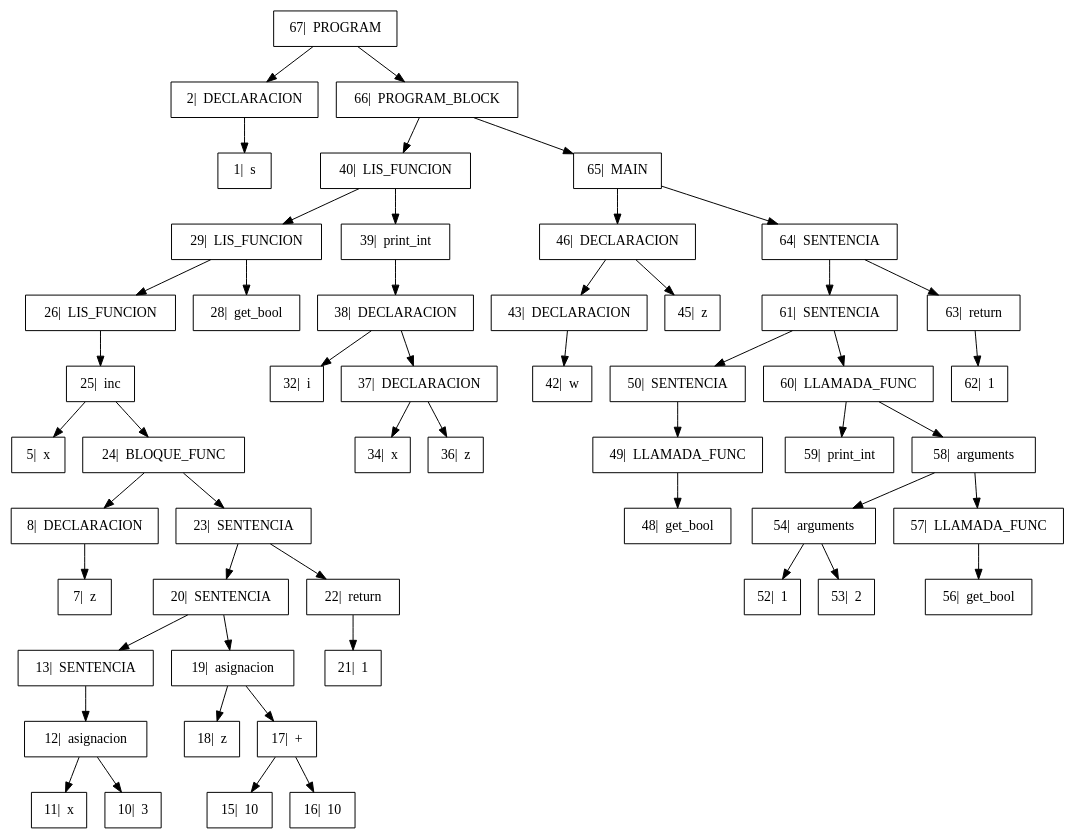
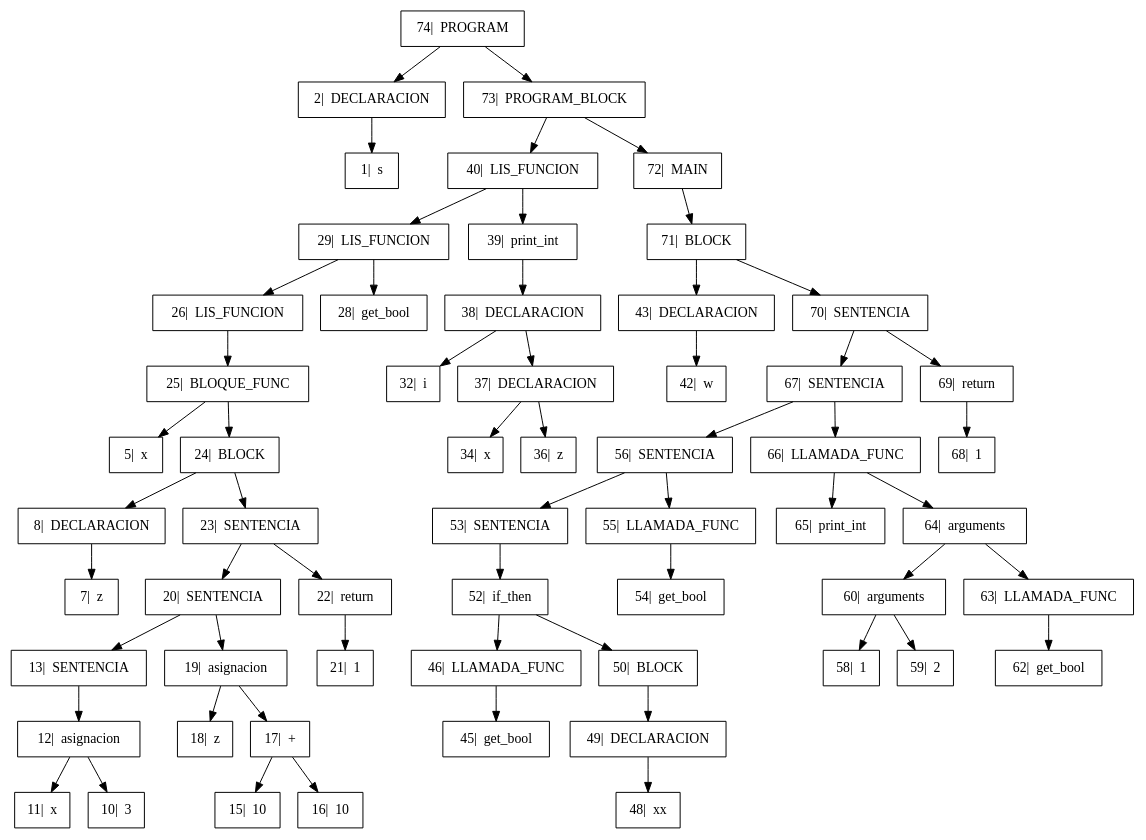
Before and after one commit to GiovA07/PRE-PROYECTO-COMPILADORES: the diagram in Proyecto/output/Arbol.dot, drawn with Graphviz. The commit also changed 10 other files, not shown here.

```diff
--- a/Proyecto/output/Arbol.dot
+++ b/Proyecto/output/Arbol.dot
@@ -1,37 +1,42 @@
 digraph{
 
 rankdir=TB;
 
 node[shape=box];
-"67|  PROGRAM" -> "2|  DECLARACION", "66|  PROGRAM_BLOCK";
+"74|  PROGRAM" -> "2|  DECLARACION", "73|  PROGRAM_BLOCK";
 "2|  DECLARACION" -> "1|  s" ;
-"66|  PROGRAM_BLOCK" -> "40|  LIS_FUNCION", "65|  MAIN";
+"73|  PROGRAM_BLOCK" -> "40|  LIS_FUNCION", "72|  MAIN";
 "40|  LIS_FUNCION" -> "29|  LIS_FUNCION", "39|  print_int";
 "29|  LIS_FUNCION" -> "26|  LIS_FUNCION", "28|  get_bool";
-"26|  LIS_FUNCION" -> "25|  inc" ;
-"25|  inc" -> "5|  x", "24|  BLOQUE_FUNC";
-"24|  BLOQUE_FUNC" -> "8|  DECLARACION", "23|  SENTENCIA";
+"26|  LIS_FUNCION" -> "25|  BLOQUE_FUNC" ;
+"25|  BLOQUE_FUNC" -> "5|  x", "24|  BLOCK";
+"24|  BLOCK" -> "8|  DECLARACION", "23|  SENTENCIA";
 "8|  DECLARACION" -> "7|  z" ;
 "23|  SENTENCIA" -> "20|  SENTENCIA", "22|  return";
 "20|  SENTENCIA" -> "13|  SENTENCIA", "19|  asignacion";
 "13|  SENTENCIA" -> "12|  asignacion" ;
 "12|  asignacion" -> "11|  x", "10|  3";
 "19|  asignacion" -> "18|  z", "17|  +";
 "17|  +" -> "15|  10", "16|  10";
 "22|  return" -> "21|  1" ;
 "39|  print_int" -> "38|  DECLARACION" ;
 "38|  DECLARACION" -> "32|  i", "37|  DECLARACION";
 "37|  DECLARACION" -> "34|  x", "36|  z";
-"65|  MAIN" -> "46|  DECLARACION", "64|  SENTENCIA";
-"46|  DECLARACION" -> "43|  DECLARACION", "45|  z";
+"72|  MAIN" -> "71|  BLOCK" ;
+"71|  BLOCK" -> "43|  DECLARACION", "70|  SENTENCIA";
 "43|  DECLARACION" -> "42|  w" ;
-"64|  SENTENCIA" -> "61|  SENTENCIA", "63|  return";
-"61|  SENTENCIA" -> "50|  SENTENCIA", "60|  LLAMADA_FUNC";
-"50|  SENTENCIA" -> "49|  LLAMADA_FUNC" ;
-"49|  LLAMADA_FUNC" -> "48|  get_bool" ;
-"60|  LLAMADA_FUNC" -> "59|  print_int", "58|  arguments";
-"58|  arguments" -> "54|  arguments", "57|  LLAMADA_FUNC";
-"54|  arguments" -> "52|  1", "53|  2";
-"57|  LLAMADA_FUNC" -> "56|  get_bool" ;
-"63|  return" -> "62|  1" ;
+"70|  SENTENCIA" -> "67|  SENTENCIA", "69|  return";
+"67|  SENTENCIA" -> "56|  SENTENCIA", "66|  LLAMADA_FUNC";
+"56|  SENTENCIA" -> "53|  SENTENCIA", "55|  LLAMADA_FUNC";
+"53|  SENTENCIA" -> "52|  if_then" ;
+"52|  if_then" -> "46|  LLAMADA_FUNC", "50|  BLOCK";
+"46|  LLAMADA_FUNC" -> "45|  get_bool" ;
+"50|  BLOCK" -> "49|  DECLARACION" ;
+"49|  DECLARACION" -> "48|  xx" ;
+"55|  LLAMADA_FUNC" -> "54|  get_bool" ;
+"66|  LLAMADA_FUNC" -> "65|  print_int", "64|  arguments";
+"64|  arguments" -> "60|  arguments", "63|  LLAMADA_FUNC";
+"60|  arguments" -> "58|  1", "59|  2";
+"63|  LLAMADA_FUNC" -> "62|  get_bool" ;
+"69|  return" -> "68|  1" ;
 }
```
